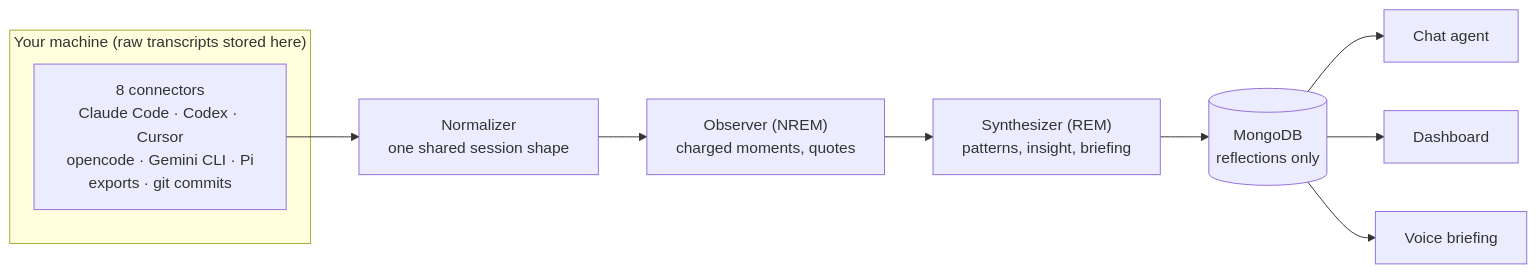
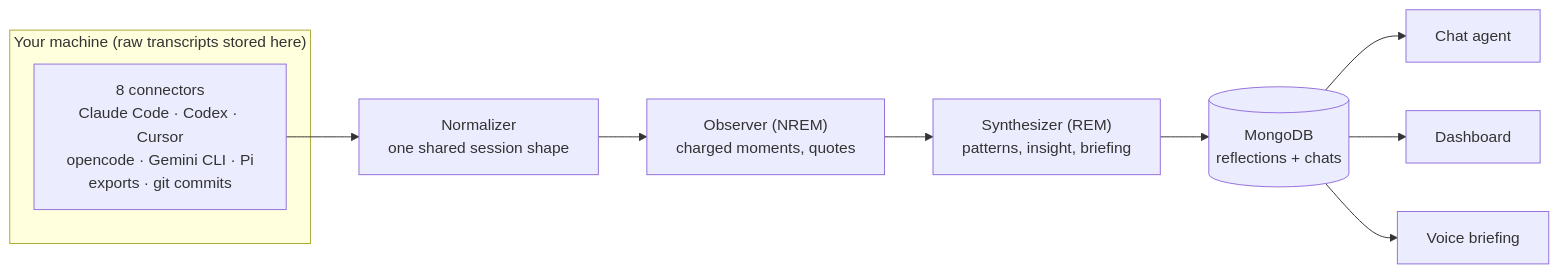
One commit to Vela3202019/wisen changed the diagram in README.md. Above: the diagram before and after it, drawn with Mermaid. The commit also changed other lines of this file, not shown here.

Commit message:
no-mistakes(review): Align README MongoDB contents and git commit payload details

````diff
--- a/README.md
+++ b/README.md
@@ -72,13 +72,13 @@
 ```mermaid
 flowchart LR
     subgraph sources["Your machine (raw transcripts stored here)"]
         A["8 connectors<br/>Claude Code · Codex · Cursor<br/>opencode · Gemini CLI · Pi<br/>exports · git commits"]
     end
     A --> N["Normalizer<br/>one shared session shape"]
     N --> O["Observer (NREM)<br/>charged moments, quotes"]
     O --> S["Synthesizer (REM)<br/>patterns, insight, briefing"]
-    S --> M[("MongoDB<br/>reflections only")]
+    S --> M[("MongoDB<br/>reflections + chats")]
     M --> C["Chat agent"]
     M --> D["Dashboard"]
     M --> V["Voice briefing"]
 ```
````
